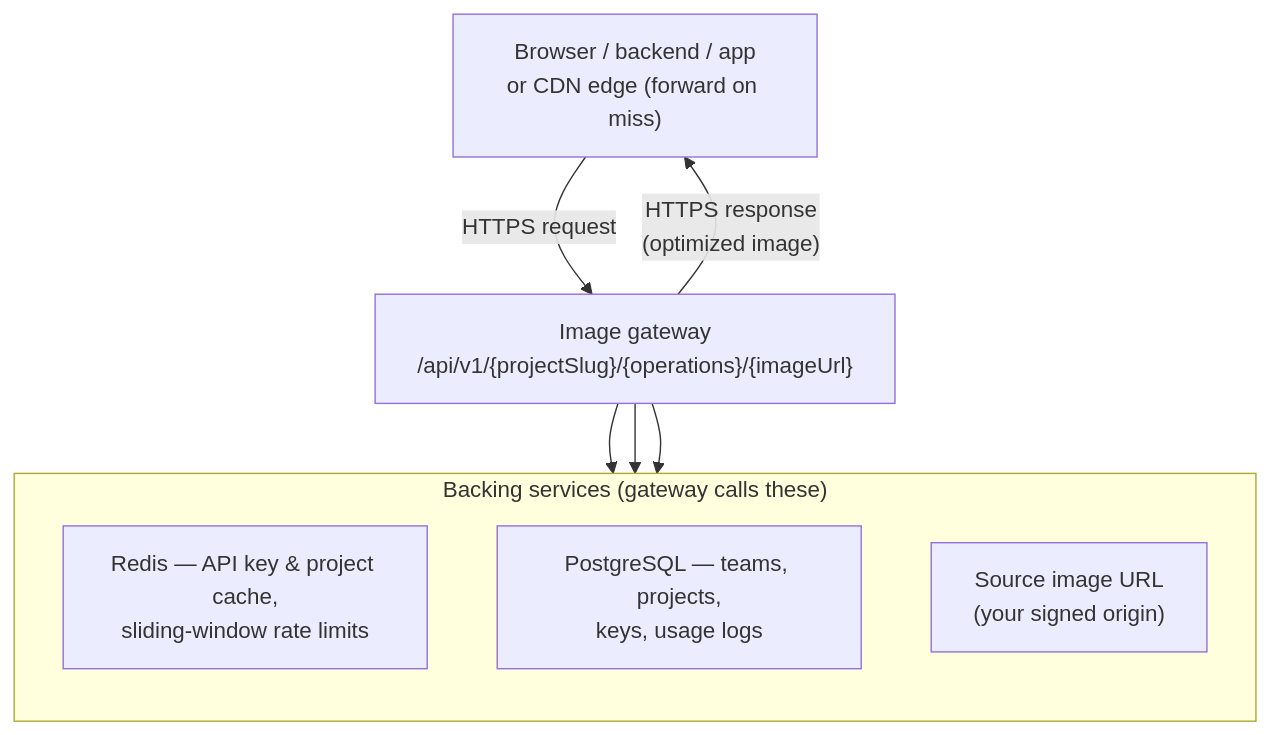
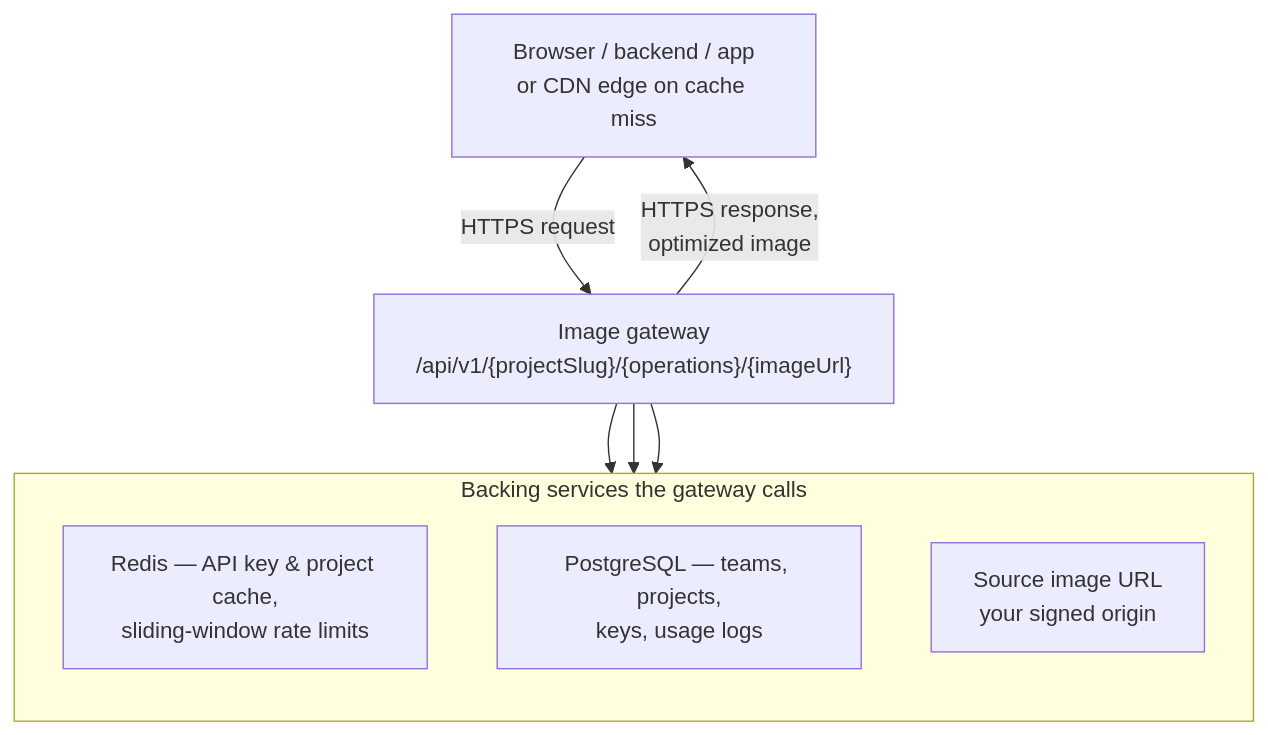
The first of 3 diagrams in apps/docs/content/docs/introduction/how-it-works.mdx (EricTsai83/optstuff), drawn with Mermaid before and after one commit. The commit also changed other lines of this file, not shown here.

````diff
--- a/apps/docs/content/docs/introduction/how-it-works.mdx
+++ b/apps/docs/content/docs/introduction/how-it-works.mdx
@@ -14,15 +14,15 @@
 ```mermaid title="Architecture at a glance"
 flowchart TB
-  Client["Browser / backend / app<br/>or CDN edge (forward on miss)"]
+  Client["Browser / backend / app<br/>or CDN edge on cache miss"]
   Client -->|"HTTPS request"| Gateway["Image gateway<br/>/api/v1/{projectSlug}/{operations}/{imageUrl}"]
-  subgraph Backing["Backing services (gateway calls these)"]
+  subgraph Backing["Backing services the gateway calls"]
     direction TB
     Redis["Redis — API key & project cache,<br/>sliding-window rate limits"]
     PG["PostgreSQL — teams, projects,<br/>keys, usage logs"]
-    Origin["Source image URL<br/>(your signed origin)"]
+    Origin["Source image URL<br/>your signed origin"]
   end
   Gateway --> Redis
   Gateway --> PG
   Gateway --> Origin
-  Gateway -->|"HTTPS response<br/>(optimized image)"| Client
+  Gateway -->|"HTTPS response,<br/>optimized image"| Client
 ```
````
